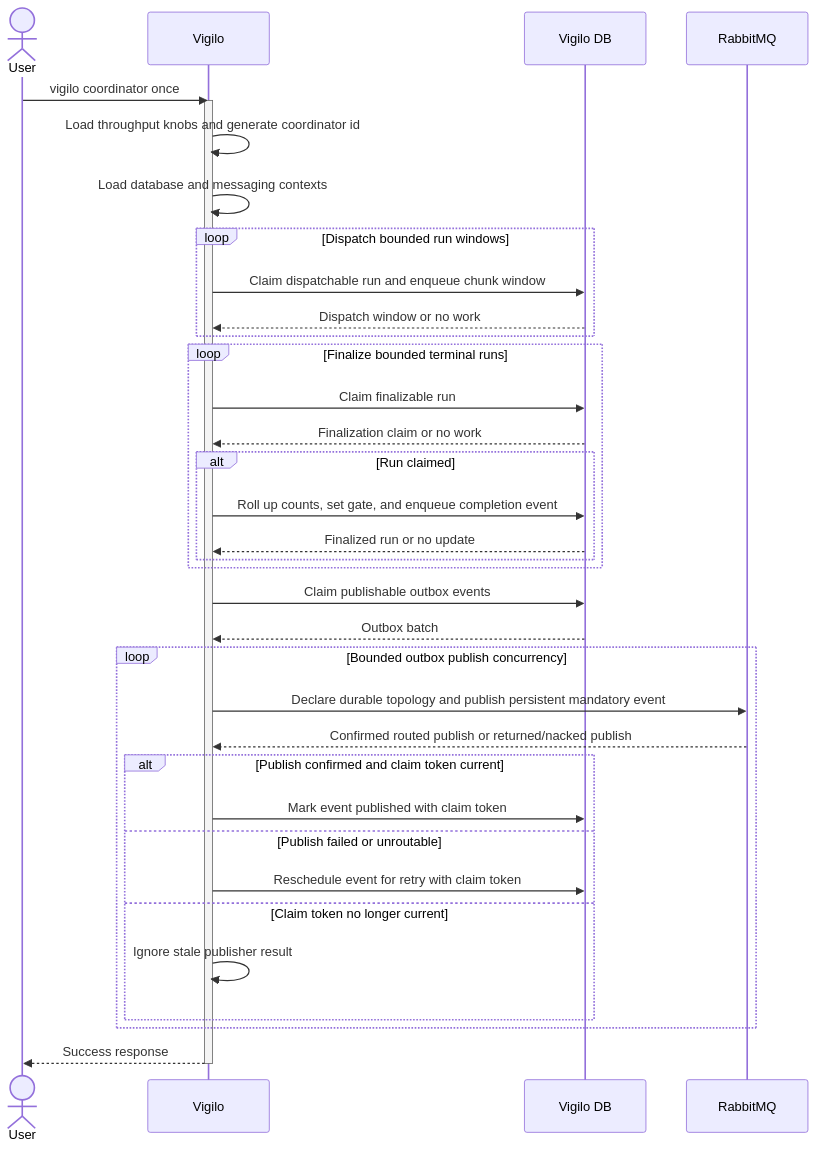
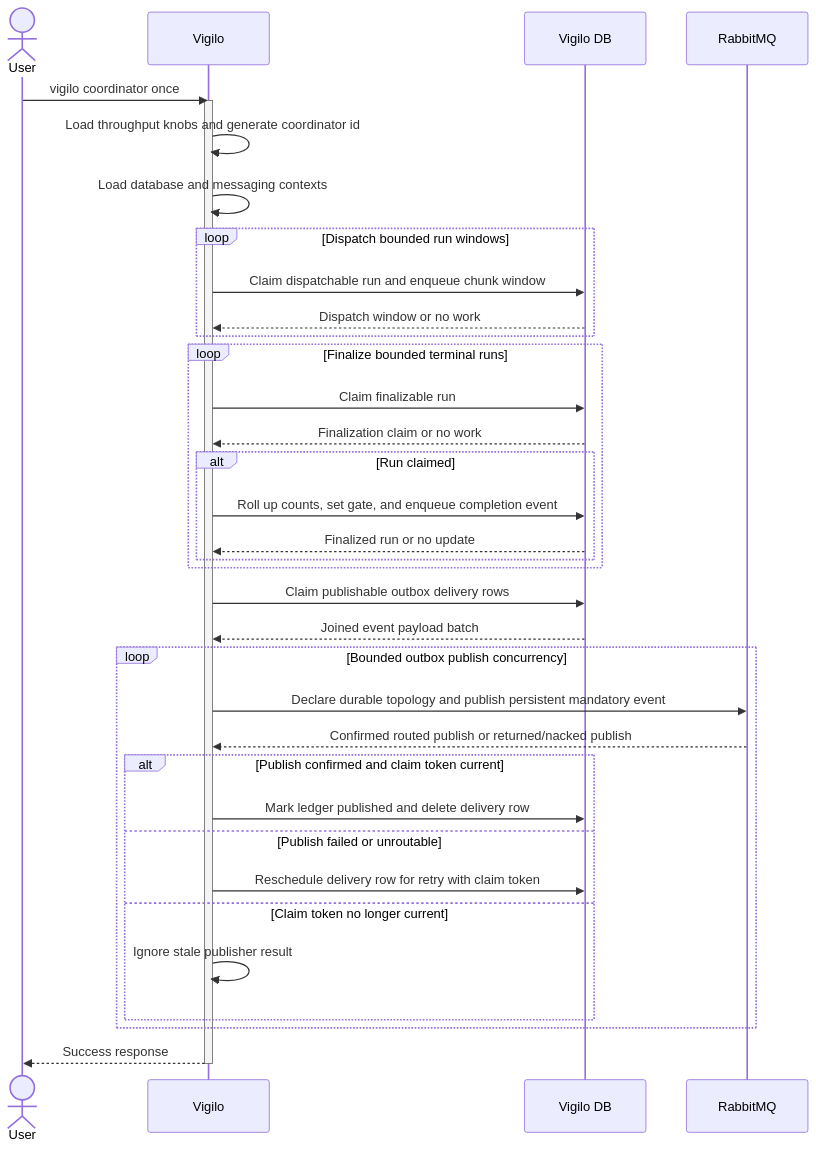
Before and after one commit to gregl83/agent-vigilo: the diagram in web/docs/architecture/flows/coordinator/once/execution-flow.mmd, drawn with Mermaid. The commit also changed 18 other files, not shown here.

First line of the commit message:
update event outbox to use archive and queue table

```diff
--- a/web/docs/architecture/flows/coordinator/once/execution-flow.mmd
+++ b/web/docs/architecture/flows/coordinator/once/execution-flow.mmd
@@ -1,50 +1,50 @@
 ---
 config:
   flowchart:
     nodeSpacing: 150
     rankSpacing: 80
   themeVariables:
     edgeLabelBackground: 'transparent'
 ---
 sequenceDiagram
     actor User
     participant Vigilo
     participant DB as Vigilo DB
     participant Queue as RabbitMQ
 
     User->>Vigilo: vigilo coordinator once
     activate Vigilo
     Vigilo->>Vigilo: Load throughput knobs and generate coordinator id
     Vigilo->>Vigilo: Load database and messaging contexts
 
     loop Dispatch bounded run windows
         Vigilo->>DB: Claim dispatchable run and enqueue chunk window
         DB-->>Vigilo: Dispatch window or no work
     end
 
     loop Finalize bounded terminal runs
         Vigilo->>DB: Claim finalizable run
         DB-->>Vigilo: Finalization claim or no work
         alt Run claimed
             Vigilo->>DB: Roll up counts, set gate, and enqueue completion event
             DB-->>Vigilo: Finalized run or no update
         end
     end
 
-    Vigilo->>DB: Claim publishable outbox events
-    DB-->>Vigilo: Outbox batch
+    Vigilo->>DB: Claim publishable outbox delivery rows
+    DB-->>Vigilo: Joined event payload batch
 
     loop Bounded outbox publish concurrency
         Vigilo->>Queue: Declare durable topology and publish persistent mandatory event
         Queue-->>Vigilo: Confirmed routed publish or returned/nacked publish
         alt Publish confirmed and claim token current
-            Vigilo->>DB: Mark event published with claim token
+            Vigilo->>DB: Mark ledger published and delete delivery row
         else Publish failed or unroutable
-            Vigilo->>DB: Reschedule event for retry with claim token
+            Vigilo->>DB: Reschedule delivery row for retry with claim token
         else Claim token no longer current
             Vigilo->>Vigilo: Ignore stale publisher result
         end
     end
 
     Vigilo-->>User: Success response
     deactivate Vigilo
```
